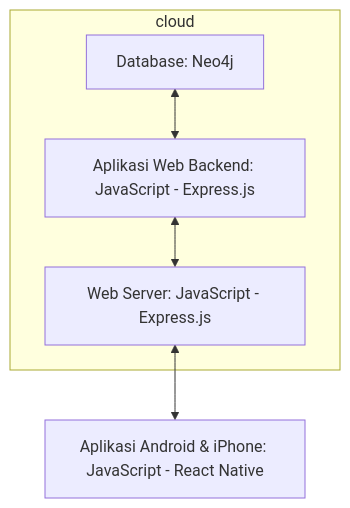
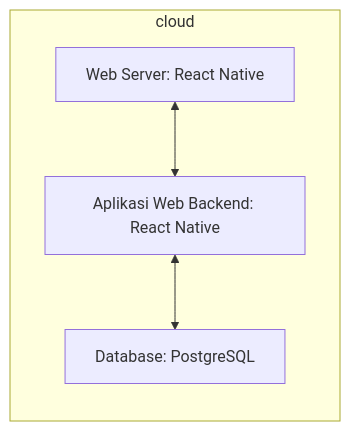
Before and after one commit to Nightroom/Memoryasmaulhusna.github.io: the second of 2 diagrams in review.md, drawn with Mermaid.

````diff
--- a/review.md
+++ b/review.md
@@ -62,8 +62,7 @@
 ```mermaid
 flowchart BT 
   subgraph cloud
-    B[Web Server: JavaScript - Express.js] <--> C[Aplikasi Web Backend: JavaScript - Express.js] 
-    C <--> D[Database: Neo4j] 
+    B[Web Server: React Native ] <--> C[Aplikasi Web Backend: React Native] 
+    C <--> D[Database: PostgreSQL] 
   end
-  A[Aplikasi Android & iPhone: JavaScript - React Native] <--> B 
 ```
````
